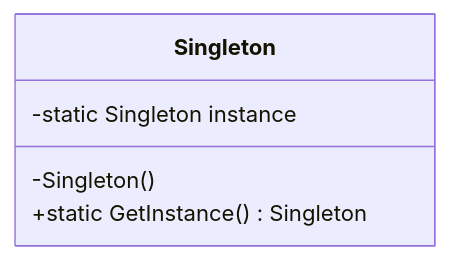
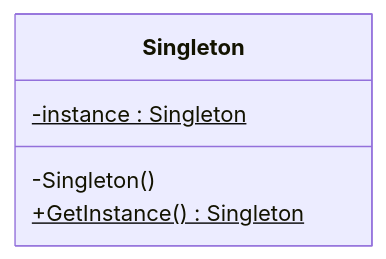
The diagram in 00-Foundations/04-Design-Patterns/Creational/Singleton/notes.md (tushardongre1990/LLD-Claude), drawn with Mermaid before and after one commit. The commit also changed 19 other files, not shown here.

First line of the commit message:
docs(00-Foundations): fix mermaid attribute ordering to name : type

````diff
--- a/00-Foundations/04-Design-Patterns/Creational/Singleton/notes.md
+++ b/00-Foundations/04-Design-Patterns/Creational/Singleton/notes.md
@@ -9,8 +9,8 @@
 ```mermaid
 classDiagram
     class Singleton {
-        -static Singleton instance
+        -instance : Singleton$
         -Singleton()
-        +static GetInstance() Singleton
+        +GetInstance() Singleton$
     }
 ```
````
